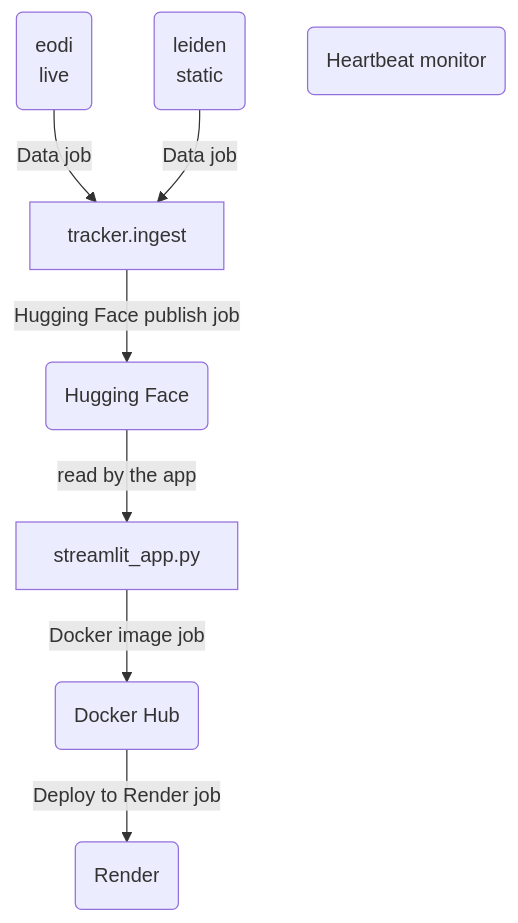
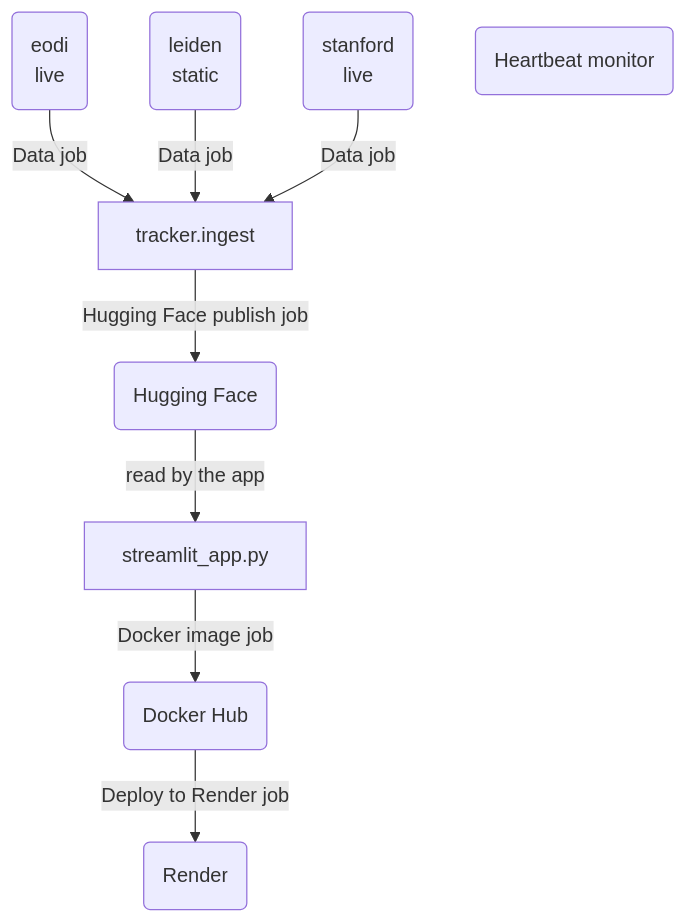
Before and after one commit to tryph0n/hybrid-tracker: the first of 3 diagrams in docs/architecture.md, drawn with Mermaid. The commit also changed other lines of this file and 35 other files, not shown here.

````diff
--- a/docs/architecture.md
+++ b/docs/architecture.md
@@ -29,17 +29,19 @@
 ```mermaid
 flowchart TB
   source_eodi("eodi<br/>live")
   source_leiden("leiden<br/>static")
+  source_stanford("stanford<br/>live")
   ingest["tracker.ingest"]
   app["streamlit_app.py"]
   service_Docker_Hub("Docker Hub")
   service_Render("Render")
   service_Hugging_Face("Hugging Face")
   service_Heartbeat_monitor("Heartbeat monitor")
   source_eodi -->|"Data job"| ingest
   source_leiden -->|"Data job"| ingest
+  source_stanford -->|"Data job"| ingest
   app -->|"Docker image job"| service_Docker_Hub
   service_Docker_Hub -->|"Deploy to Render job"| service_Render
   ingest -->|"Hugging Face publish job"| service_Hugging_Face
   service_Hugging_Face -->|read by the app| app
 ```
````
